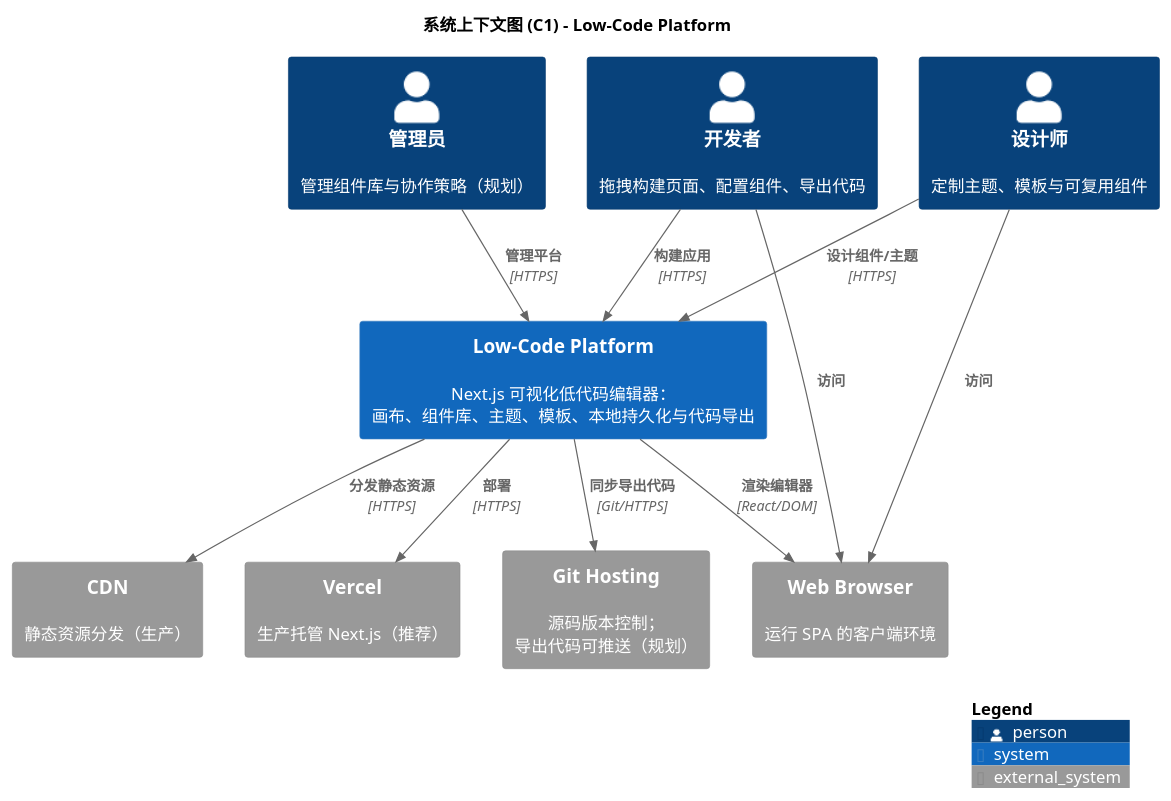
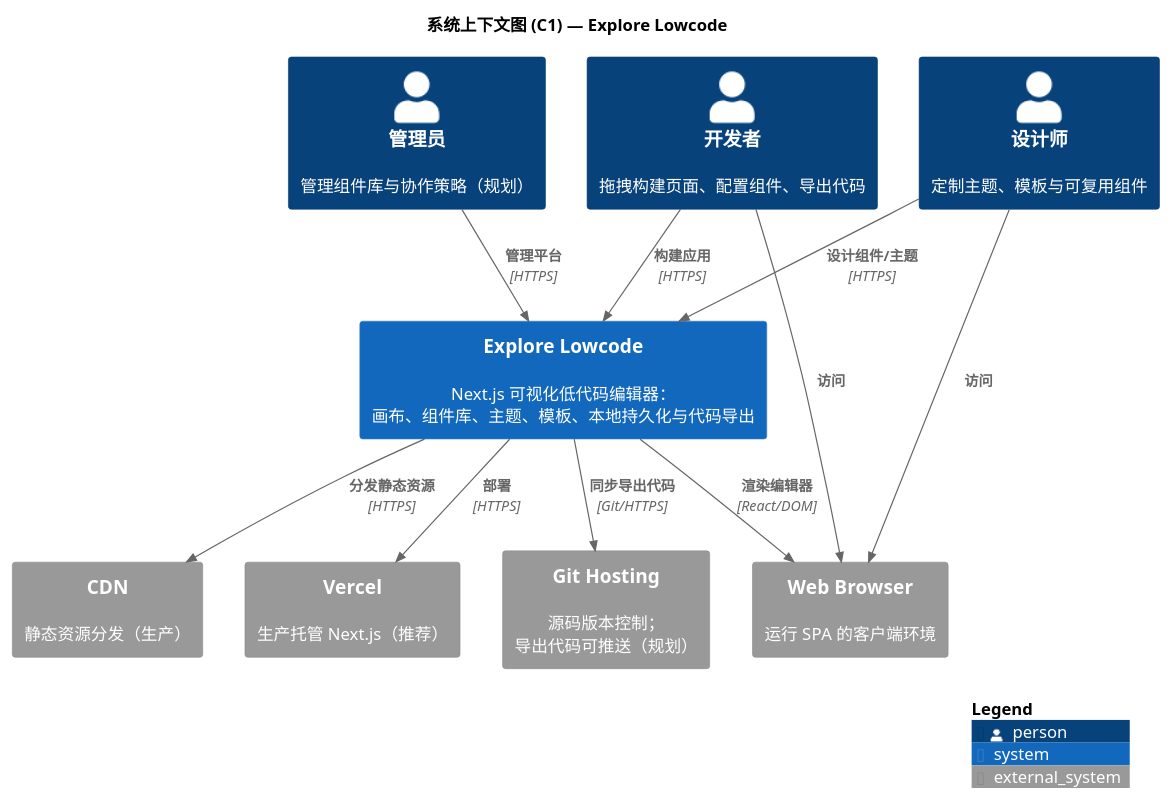
The diagram in docs/developer/c4-model/C1-Context.puml (felixzhu97/low-code-platform), drawn with PlantUML before and after one commit. The commit also changed 7 other files, not shown here.

First line of the commit message:
docs: rename product display to Explore Lowcode (#13)

```diff
--- a/docs/developer/c4-model/C1-Context.puml
+++ b/docs/developer/c4-model/C1-Context.puml
@@ -1,31 +1,31 @@
 @startuml C1-Context
 !include https://raw.githubusercontent.com/plantuml-stdlib/C4-PlantUML/master/C4_Context.puml
 
 LAYOUT_WITH_LEGEND()
 
-title 系统上下文图 (C1) - Low-Code Platform
+title 系统上下文图 (C1) — Explore Lowcode
 
 Person(developer, "开发者", "拖拽构建页面、配置组件、导出代码")
 Person(designer, "设计师", "定制主题、模板与可复用组件")
 Person(admin, "管理员", "管理组件库与协作策略（规划）")
 
-System(lowcode, "Low-Code Platform", "Next.js 可视化低代码编辑器：画布、组件库、主题、模板、本地持久化与代码导出")
+System(lowcode, "Explore Lowcode", "Next.js 可视化低代码编辑器：画布、组件库、主题、模板、本地持久化与代码导出")
 
 System_Ext(browser, "Web Browser", "运行 SPA 的客户端环境")
 System_Ext(cdn, "CDN", "静态资源分发（生产）")
 System_Ext(vercel, "Vercel", "生产托管 Next.js（推荐）")
 System_Ext(git, "Git Hosting", "源码版本控制；导出代码可推送（规划）")
 
 Rel(developer, lowcode, "构建应用", "HTTPS")
 Rel(designer, lowcode, "设计组件/主题", "HTTPS")
 Rel(admin, lowcode, "管理平台", "HTTPS")
 Rel(developer, browser, "访问")
 Rel(designer, browser, "访问")
 
 Rel(lowcode, browser, "渲染编辑器", "React/DOM")
 Rel(lowcode, vercel, "部署", "HTTPS")
 Rel(lowcode, cdn, "分发静态资源", "HTTPS")
 Rel(lowcode, git, "同步导出代码", "Git/HTTPS")
 
 SHOW_LEGEND()
 @enduml
```
